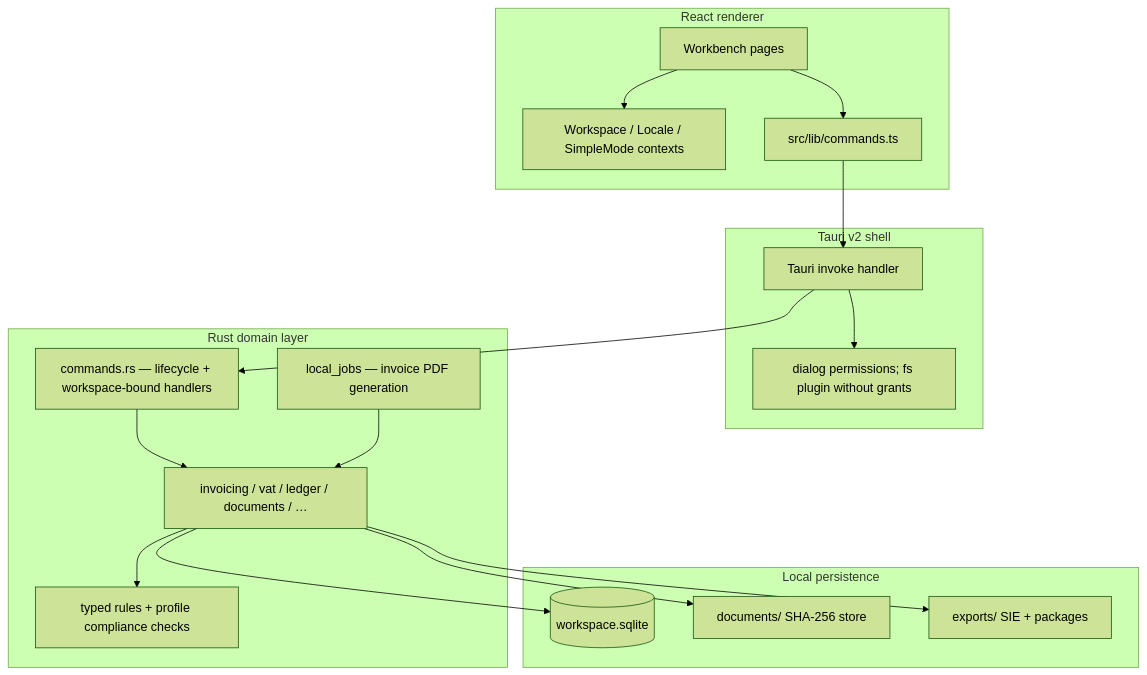
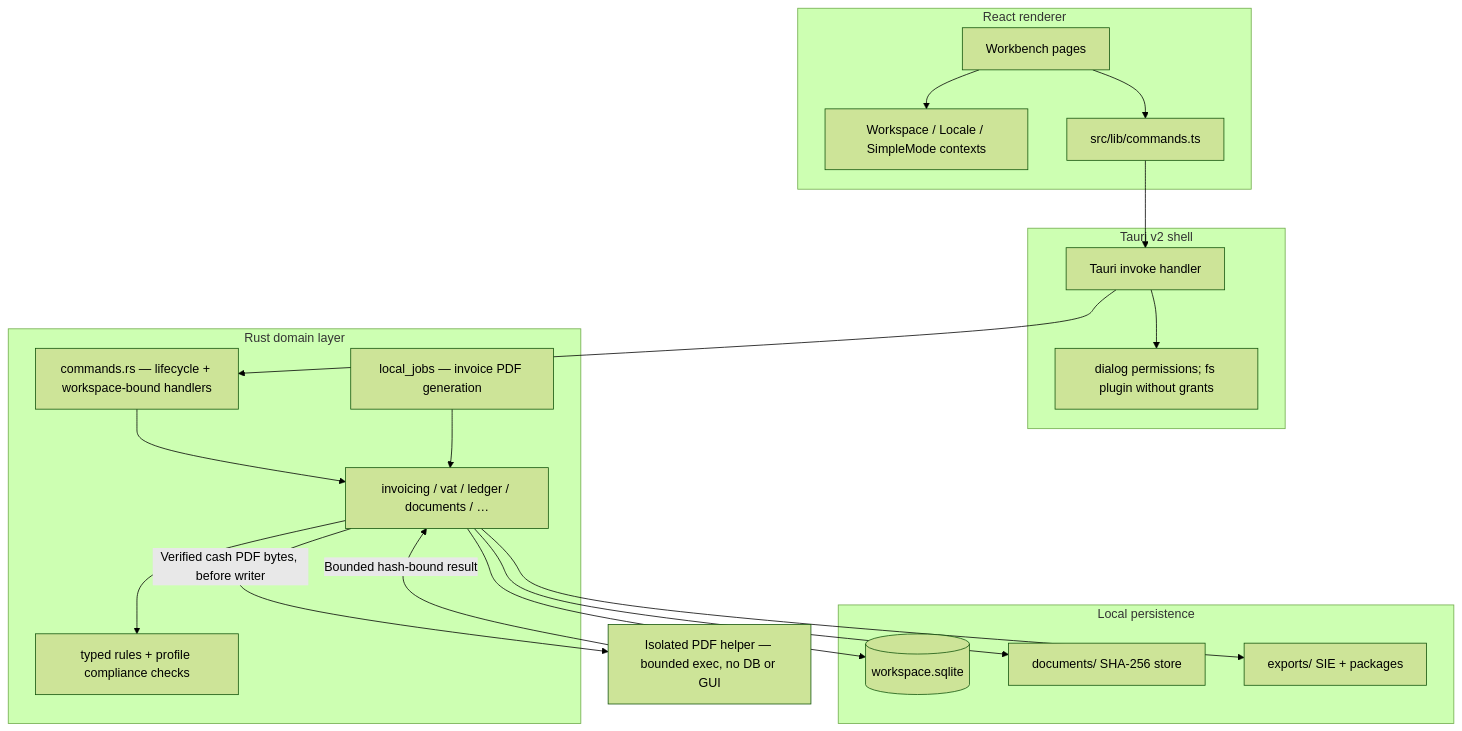
Before and after one commit to vomba/oppenbokforing: the diagram in docs/CODEMAPS/ARCHITECTURE.md, drawn with Mermaid (forest theme). The commit also changed other lines of this file and 104 other files, not shown here.

Commit message:
feat(accounting): issue cash invoices and recognize bounded PDF receipts

````diff
--- a/docs/CODEMAPS/ARCHITECTURE.md
+++ b/docs/CODEMAPS/ARCHITECTURE.md
@@ -20,38 +20,42 @@
 ```mermaid
 flowchart TB
   subgraph renderer [React renderer]
     Pages[Workbench pages]
     Ctx[Workspace / Locale / SimpleMode contexts]
     CmdWrap[src/lib/commands.ts]
     Pages --> Ctx
     Pages --> CmdWrap
   end
 
   subgraph tauri [Tauri v2 shell]
     Invoke[Tauri invoke handler]
     Plugins[dialog permissions; fs plugin without grants]
     CmdWrap --> Invoke
     Invoke --> Plugins
   end
 
   subgraph rust [Rust domain layer]
     Commands[commands.rs — lifecycle + workspace-bound handlers]
     Domains[invoicing / vat / ledger / documents / …]
     Rules[typed rules + profile compliance checks]
     Jobs[local_jobs — invoice PDF generation]
     Commands --> Domains
     Domains --> Rules
     Jobs --> Domains
   end
 
+  PdfHelper[Isolated PDF helper — bounded exec, no DB or GUI]
+  Domains -->|Verified cash PDF bytes, before writer| PdfHelper
+  PdfHelper -->|Bounded hash-bound result| Domains
+
   subgraph storage [Local persistence]
     SQLite[(workspace.sqlite)]
     Docs[documents/ SHA-256 store]
     Exports[exports/ SIE + packages]
     Domains --> SQLite
     Domains --> Docs
     Domains --> Exports
   end
 
   Invoke --> Commands
 ```
````
